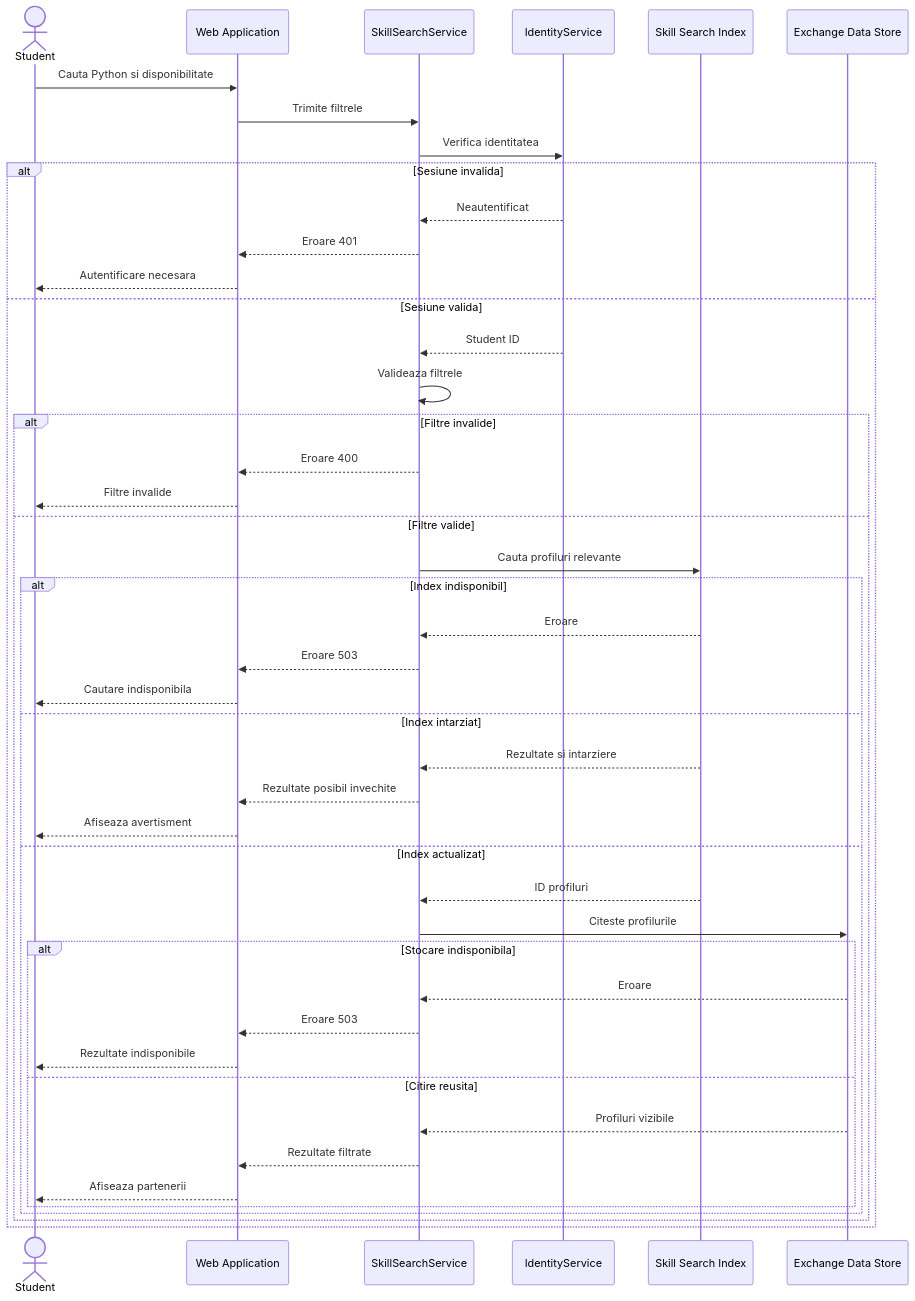
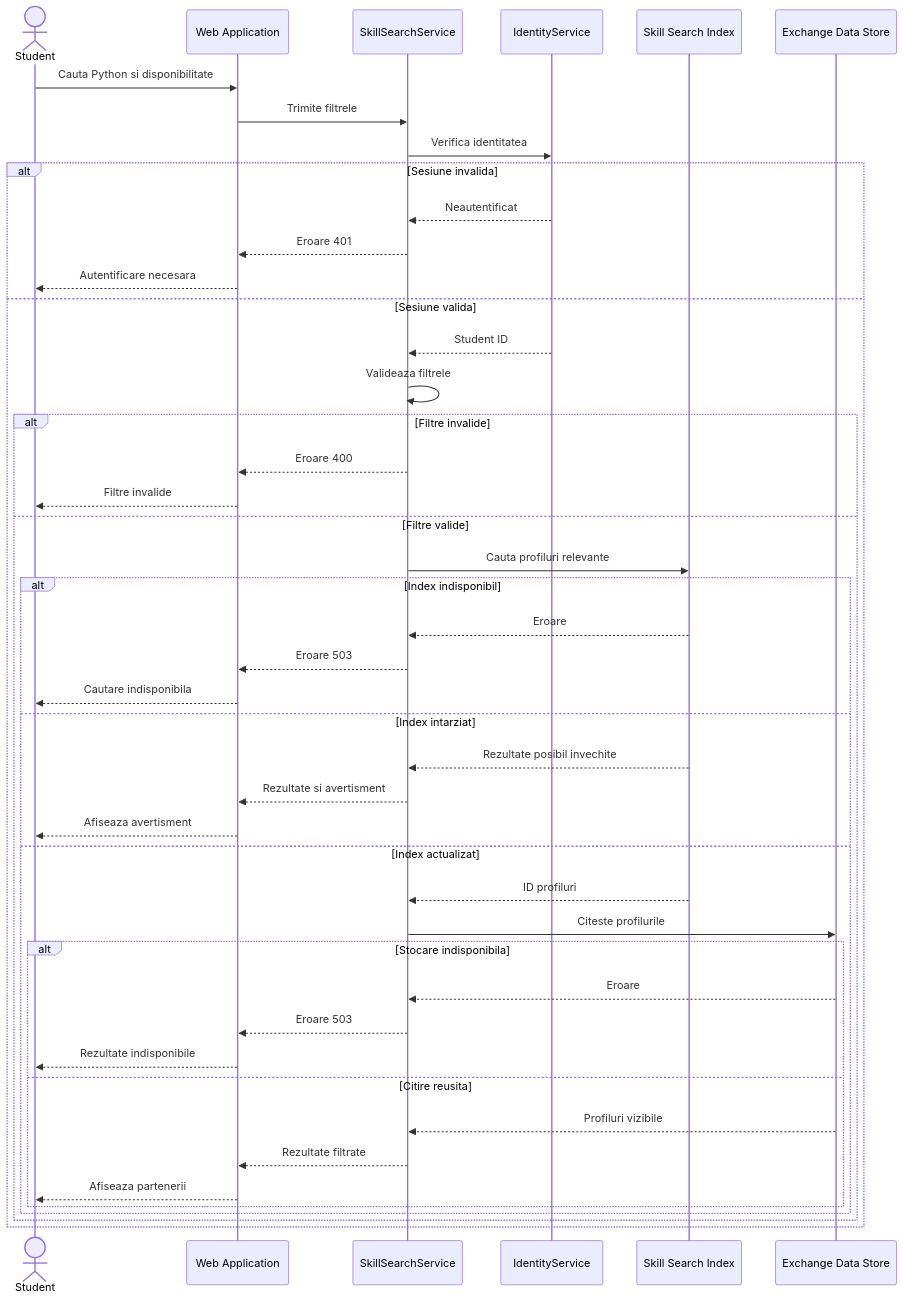
Diagram 11 of 12 in SD/lab-3/README.md (sandu-prog/system-design-labs-sp), drawn with Mermaid before and after one commit. The commit also changed other lines of this file, not shown here.

First line of the commit message:
Refine README.md with project updates and diagrams

````diff
--- a/SD/lab-3/README.md
+++ b/SD/lab-3/README.md
@@ -752,47 +357,47 @@
 ```mermaid
 sequenceDiagram
-actor S as Student
-participant W as Web Application
-participant Q as SkillSearchService
-participant A as IdentityService
-participant I as Skill Search Index
-participant D as Exchange Data Store
-S->>W: Cauta Python si disponibilitate
-W->>Q: Trimite filtrele
-Q->>A: Verifica identitatea
-alt Sesiune invalida
-A-->>Q: Neautentificat
-Q-->>W: Eroare 401
-W-->>S: Autentificare necesara
-else Sesiune valida
-A-->>Q: Student ID
-Q->>Q: Valideaza filtrele
-alt Filtre invalide
-Q-->>W: Eroare 400
-W-->>S: Filtre invalide
-else Filtre valide
-Q->>I: Cauta profiluri relevante
-alt Index indisponibil
-I-->>Q: Eroare
-Q-->>W: Eroare 503
-W-->>S: Cautare indisponibila
-else Index intarziat
-I-->>Q: Rezultate si intarziere
-Q-->>W: Rezultate posibil invechite
-W-->>S: Afiseaza avertisment
-else Index actualizat
-I-->>Q: ID profiluri
-Q->>D: Citeste profilurile
-alt Stocare indisponibila
-D-->>Q: Eroare
-Q-->>W: Eroare 503
-W-->>S: Rezultate indisponibile
-else Citire reusita
-D-->>Q: Profiluri vizibile
-Q-->>W: Rezultate filtrate
-W-->>S: Afiseaza partenerii
-end
-end
-end
-end
+    actor S as Student
+    participant W as Web Application
+    participant Q as SkillSearchService
+    participant A as IdentityService
+    participant I as Skill Search Index
+    participant D as Exchange Data Store
+    S->>W: Cauta Python si disponibilitate
+    W->>Q: Trimite filtrele
+    Q->>A: Verifica identitatea
+    alt Sesiune invalida
+        A-->>Q: Neautentificat
+        Q-->>W: Eroare 401
+        W-->>S: Autentificare necesara
+    else Sesiune valida
+        A-->>Q: Student ID
+        Q->>Q: Valideaza filtrele
+        alt Filtre invalide
+            Q-->>W: Eroare 400
+            W-->>S: Filtre invalide
+        else Filtre valide
+            Q->>I: Cauta profiluri relevante
+            alt Index indisponibil
+                I-->>Q: Eroare
+                Q-->>W: Eroare 503
+                W-->>S: Cautare indisponibila
+            else Index intarziat
+                I-->>Q: Rezultate posibil invechite
+                Q-->>W: Rezultate si avertisment
+                W-->>S: Afiseaza avertisment
+            else Index actualizat
+                I-->>Q: ID profiluri
+                Q->>D: Citeste profilurile
+                alt Stocare indisponibila
+                    D-->>Q: Eroare
+                    Q-->>W: Eroare 503
+                    W-->>S: Rezultate indisponibile
+                else Citire reusita
+                    D-->>Q: Profiluri vizibile
+                    Q-->>W: Rezultate filtrate
+                    W-->>S: Afiseaza partenerii
+                end
+            end
+        end
+    end
 ```
````
